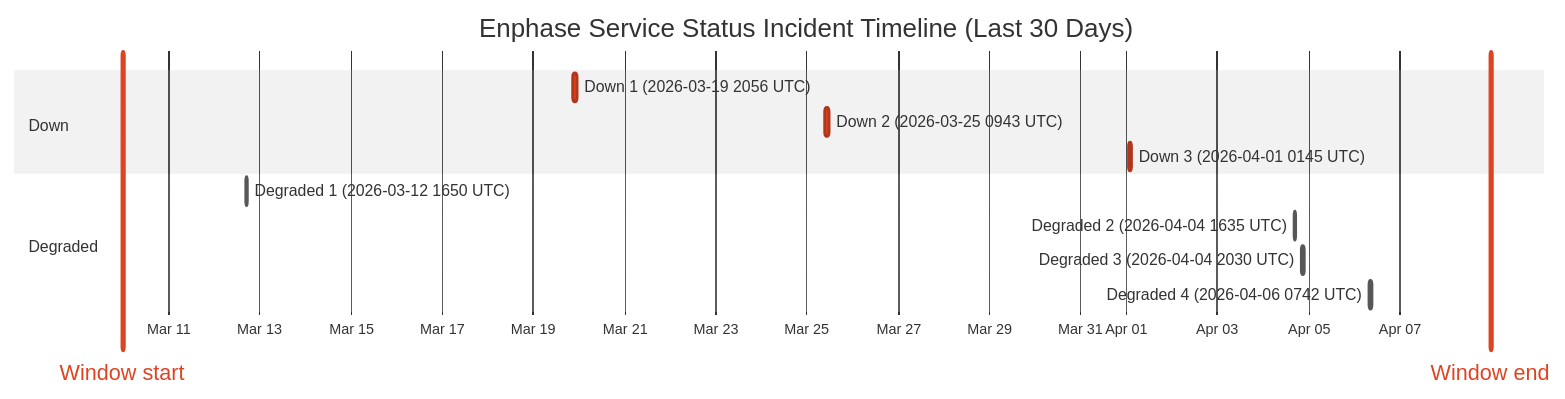
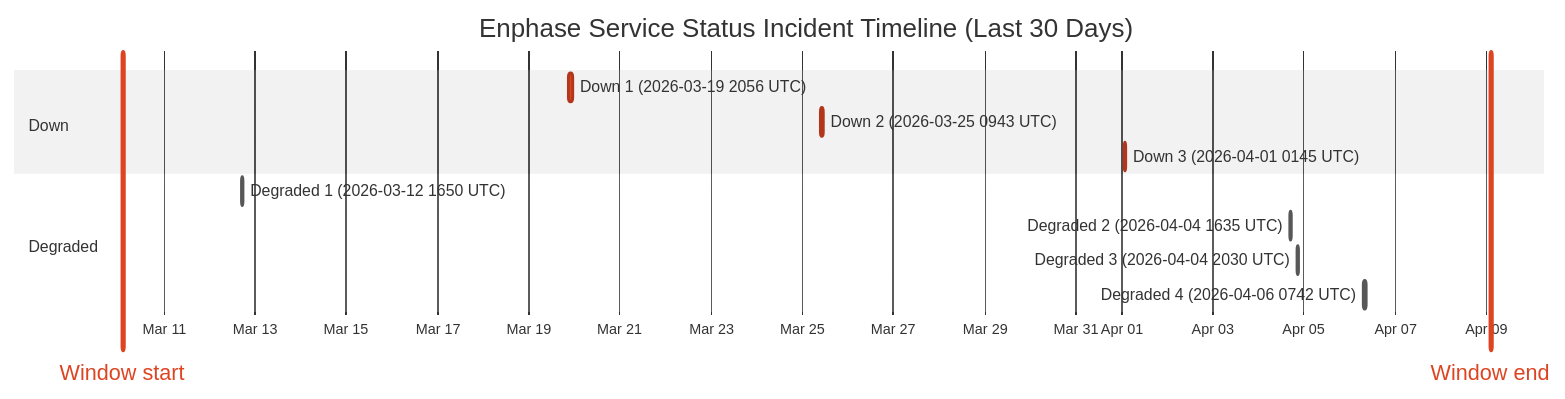
One commit to barneyonline/ha-enphase-ev-charger changed the diagram in wiki/Service-Status-History.md. Above: the diagram before and after it, drawn with Mermaid (neutral theme). The commit also changed other lines of this file and 3 other files, not shown here.

````diff
--- a/wiki/Service-Status-History.md
+++ b/wiki/Service-Status-History.md
@@ -14,17 +14,17 @@
 ```mermaid
 gantt
     title Enphase Service Status Incident Timeline (Last 30 Days)
     dateFormat  YYYY-MM-DDTHH:mm:ss
     axisFormat  %b %d
-    Window start :vert, window-start, 2026-03-09T23:37:17, 0ms
-    Window end :vert, window-end, 2026-04-08T23:37:17, 0ms
+    Window start :vert, window-start, 2026-03-10T02:10:01, 0ms
+    Window end :vert, window-end, 2026-04-09T02:10:01, 0ms
     section Down
     Down 1 (2026-03-19 2056 UTC) :crit, down-1, 2026-03-19T20:56:20, 145m
     Down 2 (2026-03-25 0943 UTC) :crit, down-2, 2026-03-25T09:43:28, 111m
     Down 3 (2026-04-01 0145 UTC) :crit, down-3, 2026-04-01T01:45:09, 60m
     section Degraded
     Degraded 1 (2026-03-12 1650 UTC) :active, degraded-1, 2026-03-12T16:50:43, 60m
     Degraded 2 (2026-04-04 1635 UTC) :active, degraded-2, 2026-04-04T16:35:17, 60m
     Degraded 3 (2026-04-04 2030 UTC) :active, degraded-3, 2026-04-04T20:30:40, 60m
     Degraded 4 (2026-04-06 0742 UTC) :active, degraded-4, 2026-04-06T07:42:09, 85m
 ```
````
